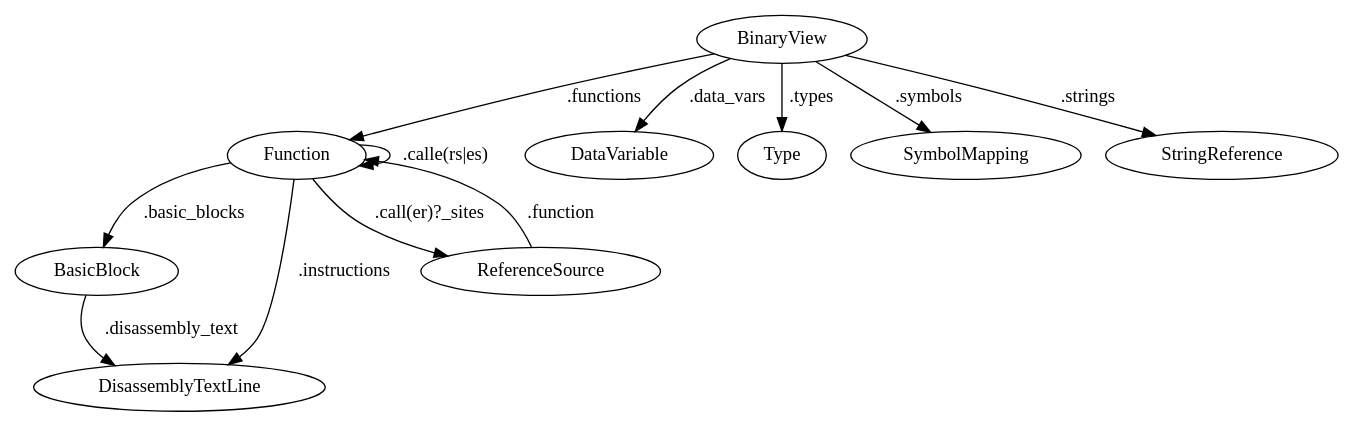
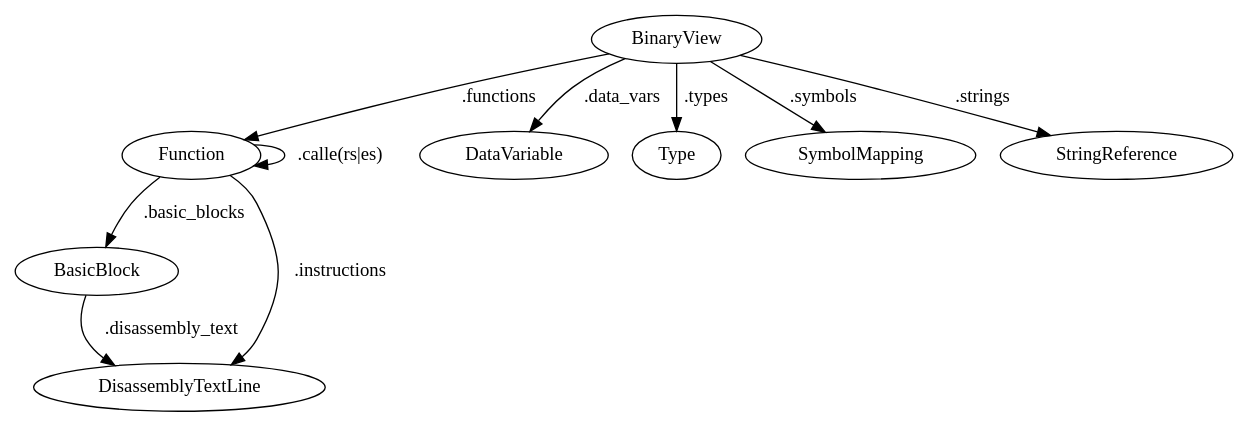
The diagram in overview.gv (RioKato/binja-cheatsheet), drawn with Graphviz before and after one commit. The commit also changed 1 other file, not shown here.

```diff
--- a/overview.gv
+++ b/overview.gv
@@ -1,13 +1,11 @@
 digraph {
   BinaryView -> Function [label=".functions"];
   Function -> BasicBlock [label=".basic_blocks"];
   BasicBlock -> DisassemblyTextLine [label=".disassembly_text"];
   Function -> DisassemblyTextLine [label=".instructions"];
-  Function -> ReferenceSource [label=".call(er)?_sites"];
-  ReferenceSource -> Function [label=".function"];
   Function -> Function [label=".calle(rs|es)"];
   BinaryView -> DataVariable [label=".data_vars"];
   BinaryView -> Type [label=".types"];
   BinaryView -> SymbolMapping [label=".symbols"];
   BinaryView -> StringReference [label=".strings"];
 }
```
